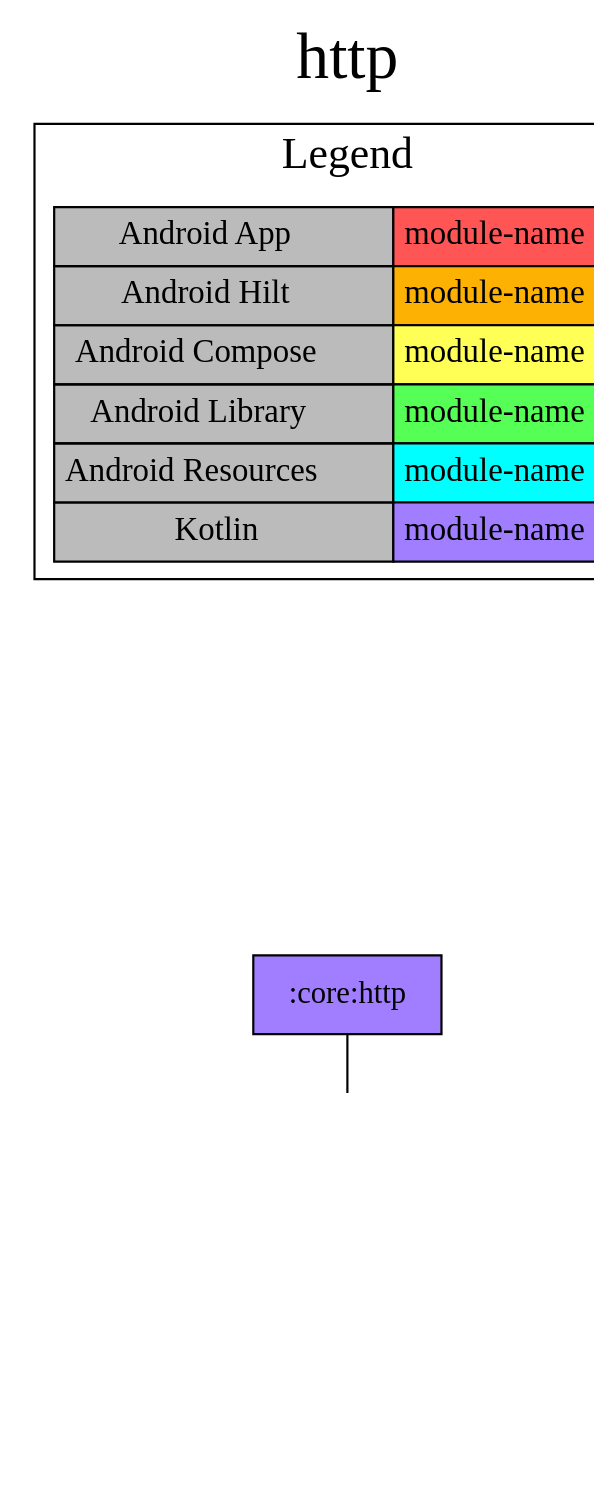
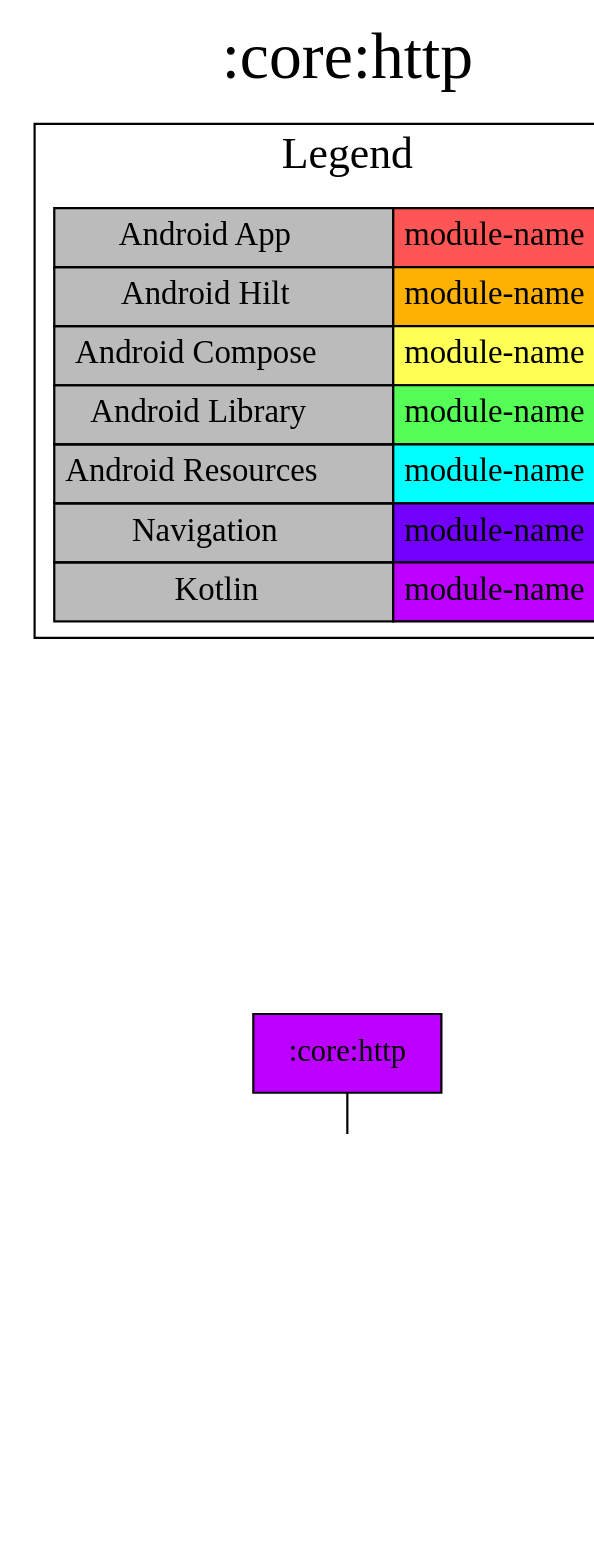
The diagram in modules/core/http/project-dependency-graph.dot (jonapoul/nasa-android), drawn with Graphviz before and after one commit. The commit also changed 162 other files, not shown here.

```diff
--- a/modules/core/http/project-dependency-graph.dot
+++ b/modules/core/http/project-dependency-graph.dot
@@ -1,26 +1,27 @@
 digraph {
 edge ["dir"="forward"]
-graph ["dpi"="100","label"="http","labelloc"="t","fontsize"="30","ranksep"="2.5","rankdir"="TB"]
+graph ["dpi"="100","label"=":core:http","labelloc"="t","fontsize"="30","ranksep"="2.5","rankdir"="TB"]
 node ["style"="filled"]
-":core:http" ["fillcolor"="#A17EFF","shape"="box"]
-":core:model" ["fillcolor"="#A17EFF","shape"="box"]
+":core:http" ["fillcolor"="#BB00FF","shape"="box"]
+":core:model" ["fillcolor"="#BB00FF","shape"="box"]
 {
 edge ["dir"="none"]
 graph ["rank"="same"]
 }
 ":core:http" -> ":core:model"
 subgraph "cluster_legend" {
 edge ["dir"="none"]
 graph ["label"="Legend","fontsize"="20"]
 "Legend" ["style"="filled","fillcolor"="#bbbbbb","shape"="none","margin"="0","fontsize"="15","label"=<
 <TABLE BORDER="0" CELLBORDER="1" CELLSPACING="0" CELLPADDING="4">
 <TR><TD>Android App</TD><TD BGCOLOR="#FF5555">module-name</TD></TR>
 <TR><TD>Android Hilt</TD><TD BGCOLOR="#FCB103">module-name</TD></TR>
 <TR><TD>Android Compose</TD><TD BGCOLOR="#FFFF55">module-name</TD></TR>
 <TR><TD>Android Library</TD><TD BGCOLOR="#55FF55">module-name</TD></TR>
 <TR><TD>Android Resources</TD><TD BGCOLOR="#00FFFF">module-name</TD></TR>
-<TR><TD>Kotlin</TD><TD BGCOLOR="#A17EFF">module-name</TD></TR>
+<TR><TD>Navigation</TD><TD BGCOLOR="#7300FF">module-name</TD></TR>
+<TR><TD>Kotlin</TD><TD BGCOLOR="#BB00FF">module-name</TD></TR>
 </TABLE>
 >]
 } -> ":core:http" ["style"="invis"]
 }
```
